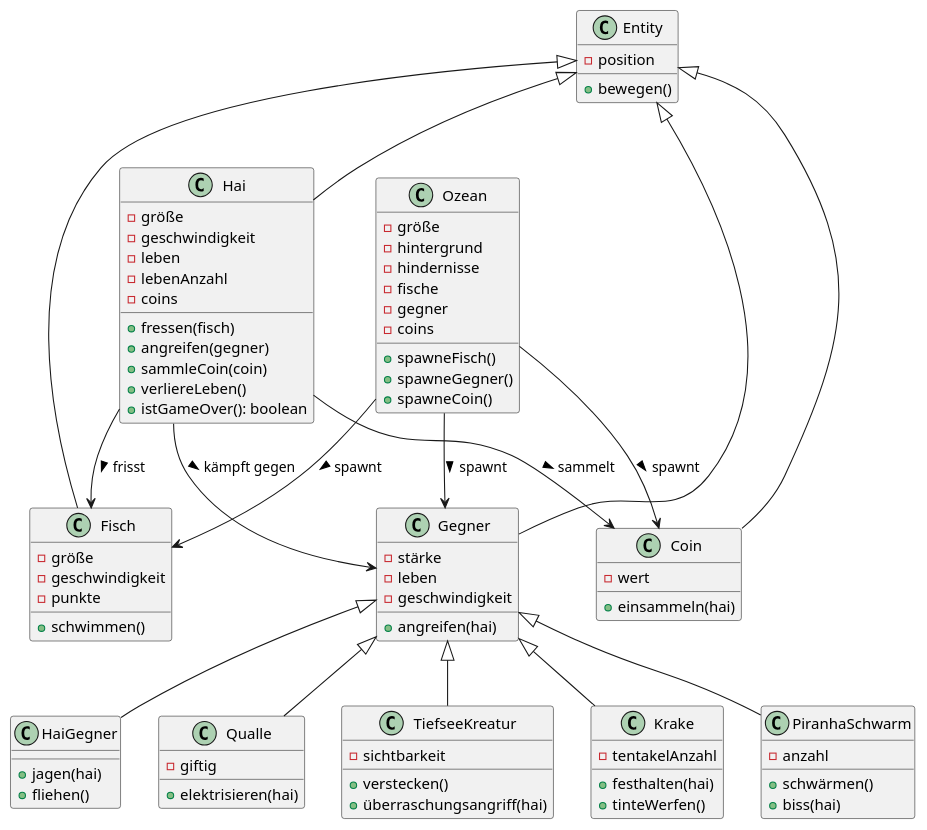
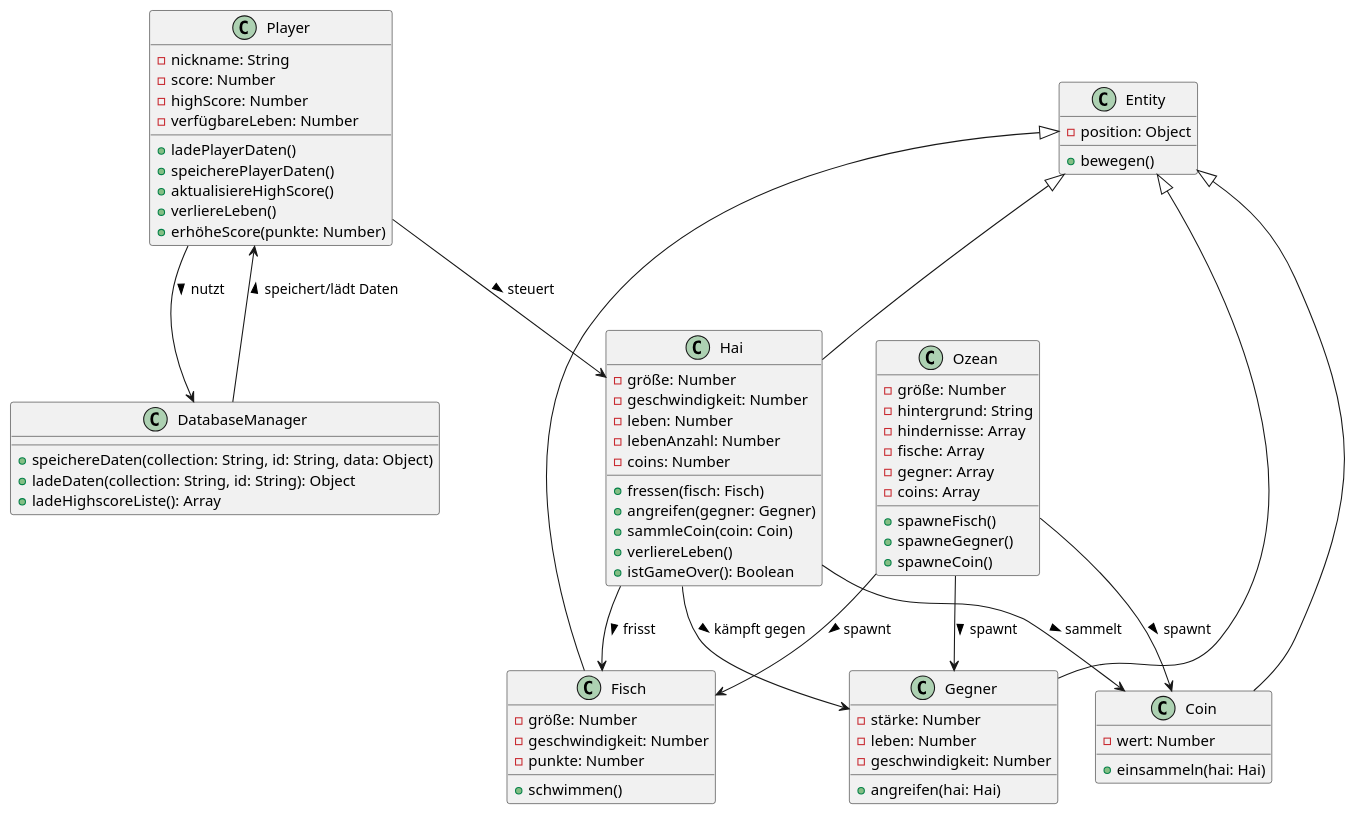
One commit to Yesser-Ben-Amor/sharkHorizon changed the diagram in klassendiagram.puml. Above: the diagram before and after it, drawn with PlantUML.

Commit message:
Update class diagram: Add Player and DatabaseManager, refine data types and relationships

```diff
--- a/klassendiagram.puml
+++ b/klassendiagram.puml
@@ -1,96 +1,84 @@
 @startuml
+class Player {
+    - nickname: String
+    - score: Number
+    - highScore: Number
+    - verfügbareLeben: Number
+    + ladePlayerDaten()
+    + speicherePlayerDaten()
+    + aktualisiereHighScore()
+    + verliereLeben()
+    + erhöheScore(punkte: Number)
+}
+
+class DatabaseManager {
+    + speichereDaten(collection: String, id: String, data: Object)
+    + ladeDaten(collection: String, id: String): Object
+    + ladeHighscoreListe(): Array
+}
+
 class Entity {
-    - position
+    - position: Object
     + bewegen()
 }
 
 class Hai {
-    - größe
-    - geschwindigkeit
-    - leben
-    - lebenAnzahl
-    - coins
-    + fressen(fisch)
-    + angreifen(gegner)
-    + sammleCoin(coin)
+    - größe: Number
+    - geschwindigkeit: Number
+    - leben: Number
+    - lebenAnzahl: Number
+    - coins: Number
+    + fressen(fisch: Fisch)
+    + angreifen(gegner: Gegner)
+    + sammleCoin(coin: Coin)
     + verliereLeben()
-    + istGameOver(): boolean
+    + istGameOver(): Boolean
 }
 
 class Fisch {
-    - größe
-    - geschwindigkeit
-    - punkte
+    - größe: Number
+    - geschwindigkeit: Number
+    - punkte: Number
     + schwimmen()
 }
 
 class Gegner {
-    - stärke
-    - leben
-    - geschwindigkeit
-    + angreifen(hai)
-}
-
-class HaiGegner {
-    + jagen(hai)
-    + fliehen()
-}
-
-class Qualle {
-    - giftig
-    + elektrisieren(hai)
-}
-
-class TiefseeKreatur {
-    - sichtbarkeit
-    + verstecken()
-    + überraschungsangriff(hai)
-}
-
-class Krake {
-    - tentakelAnzahl
-    + festhalten(hai)
-    + tinteWerfen()
-}
-
-class PiranhaSchwarm {
-    - anzahl
-    + schwärmen()
-    + biss(hai)
+    - stärke: Number
+    - leben: Number
+    - geschwindigkeit: Number
+    + angreifen(hai: Hai)
 }
 
 class Coin {
-    - wert
-    + einsammeln(hai)
+    - wert: Number
+    + einsammeln(hai: Hai)
 }
 
 class Ozean {
-    - größe
-    - hintergrund
-    - hindernisse
-    - fische
-    - gegner
-    - coins
+    - größe: Number
+    - hintergrund: String
+    - hindernisse: Array
+    - fische: Array
+    - gegner: Array
+    - coins: Array
     + spawneFisch()
     + spawneGegner()
     + spawneCoin()
 }
 
 Entity <|-- Hai
 Entity <|-- Fisch
 Entity <|-- Gegner
 Entity <|-- Coin
 
-Gegner <|-- HaiGegner
-Gegner <|-- Qualle
-Gegner <|-- TiefseeKreatur
-Gegner <|-- Krake
-Gegner <|-- PiranhaSchwarm
-
 Hai --> Fisch : frisst >
 Hai --> Gegner : kämpft gegen >
 Hai --> Coin : sammelt >
 Ozean --> Fisch : spawnt >
 Ozean --> Gegner : spawnt >
 Ozean --> Coin : spawnt >
+
+Player --> Hai : steuert >
+Player --> DatabaseManager : nutzt >
+DatabaseManager --> Player : speichert/lädt Daten >
 @enduml
```
